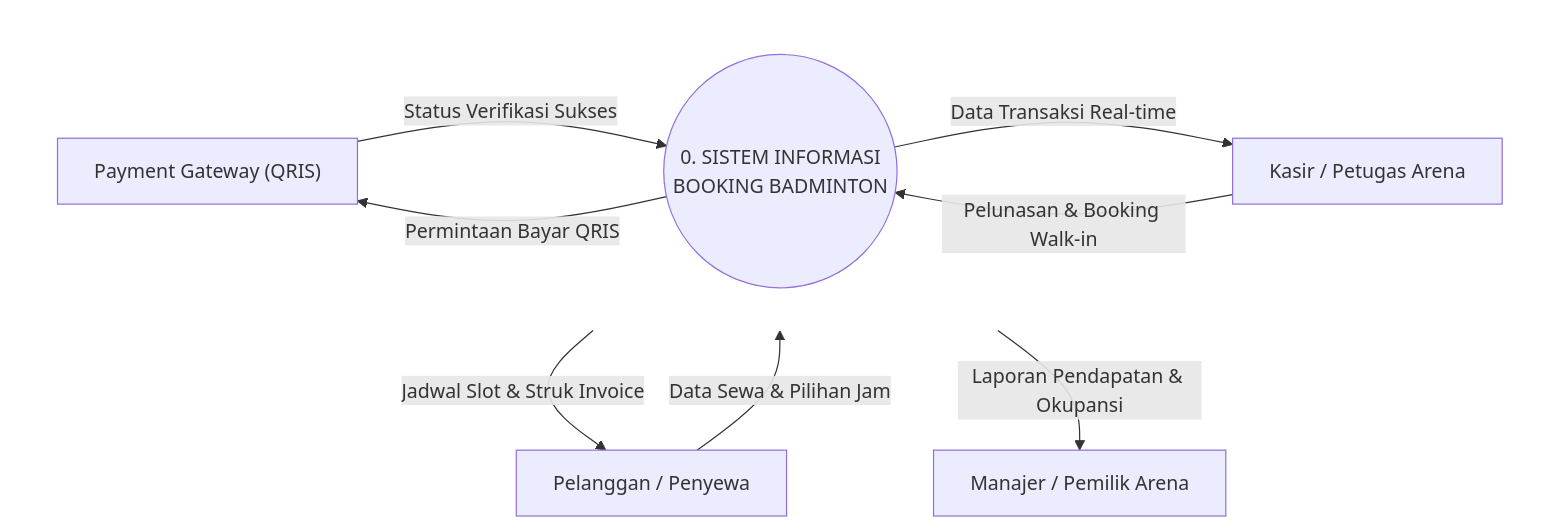
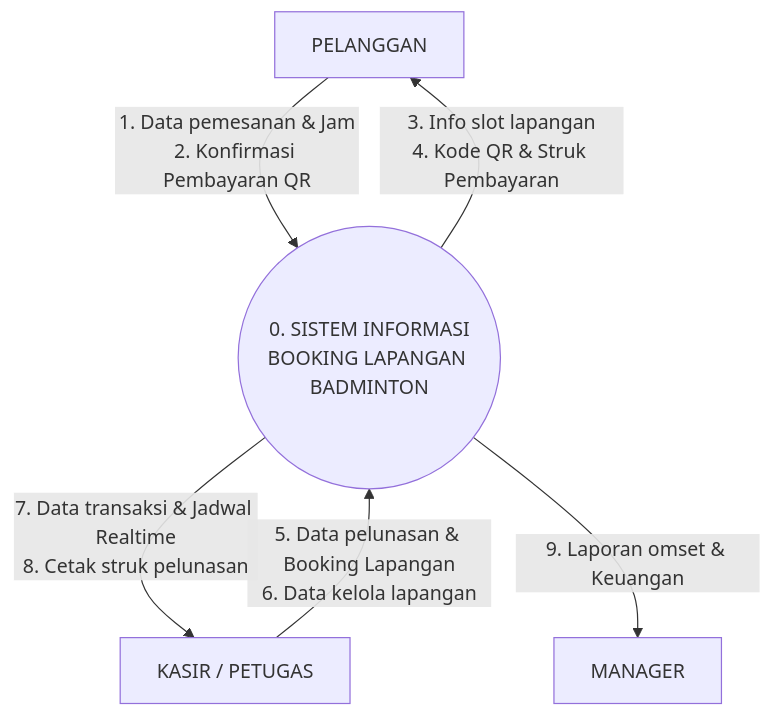
Before and after one commit to HelloRayy/ukk-11-booking-lapangan: the diagram in CONTEXT_DIAGRAM_UKK.md, drawn with Mermaid. The commit also changed other lines of this file, not shown here.

Commit message:
docs: selaraskan diagram konteks persis gambar layout user

````diff
--- a/CONTEXT_DIAGRAM_UKK.md
+++ b/CONTEXT_DIAGRAM_UKK.md
@@ -22,34 +21,18 @@
 ```mermaid
 flowchart TD
-    %% 1. POSISI ATAS (NORTH)
-    PELANGGAN["Pelanggan / Penyewa"]
+    PELANGGAN["PELANGGAN"]
+    SISTEM(("0. SISTEM INFORMASI<br/>BOOKING LAPANGAN BADMINTON"))
+    KASIR["KASIR / PETUGAS"]
+    MANAGER["MANAGER"]
 
-    %% 2. POSISI TENGAH (BARAT - PUSAT - TIMUR)
-    subgraph BARIS_TENGAH[" "]
-        direction LR
-        QRIS["Payment Gateway (QRIS)"]
-        SISTEM(("0. SISTEM INFORMASI<br/>BOOKING BADMINTON"))
-        KASIR["Kasir / Petugas Arena"]
-    end
+    %% Aliran Data Pelanggan (Atas)
+    PELANGGAN -->|"1. Data pemesanan & Jam<br/>2. Konfirmasi Pembayaran QR"| SISTEM
+    SISTEM -->|"3. Info slot lapangan<br/>4. Kode QR & Struk Pembayaran"| PELANGGAN
 
-    %% 3. POSISI BAWAH (SOUTH)
-    MANAJER["Manajer / Pemilik Arena"]
+    %% Aliran Data Kasir (Bawah)
+    KASIR -->|"5. Data pelunasan & Booking Lapangan<br/>6. Data kelola lapangan"| SISTEM
+    SISTEM -->|"7. Data transaksi & Jadwal Realtime<br/>8. Cetak struk pelunasan"| KASIR
 
-    %% HILANGKAN KOTAK CONTAINER BARIS TENGAH (TRANSPARAN)
-    style BARIS_TENGAH fill:none,stroke:none
-
-    %% ALIRAN DATA ATAS (PELANGGAN)
-    PELANGGAN -->|"Data Sewa & Pilihan Jam"| SISTEM
-    SISTEM -->|"Jadwal Slot & Struk Invoice"| PELANGGAN
-
-    %% ALIRAN DATA BARAT (QRIS)
-    SISTEM -->|"Permintaan Bayar QRIS"| QRIS
-    QRIS -->|"Status Verifikasi Sukses"| SISTEM
-
-    %% ALIRAN DATA TIMUR (KASIR)
-    KASIR -->|"Pelunasan & Booking Walk-in"| SISTEM
-    SISTEM -->|"Data Transaksi Real-time"| KASIR
-
-    %% ALIRAN DATA BAWAH (MANAJER)
-    SISTEM -->|"Laporan Pendapatan & Okupansi"| MANAJER
+    %% Aliran Data Manager (Kanan)
+    SISTEM -->|"9. Laporan omset & Keuangan"| MANAGER
 ```
````
